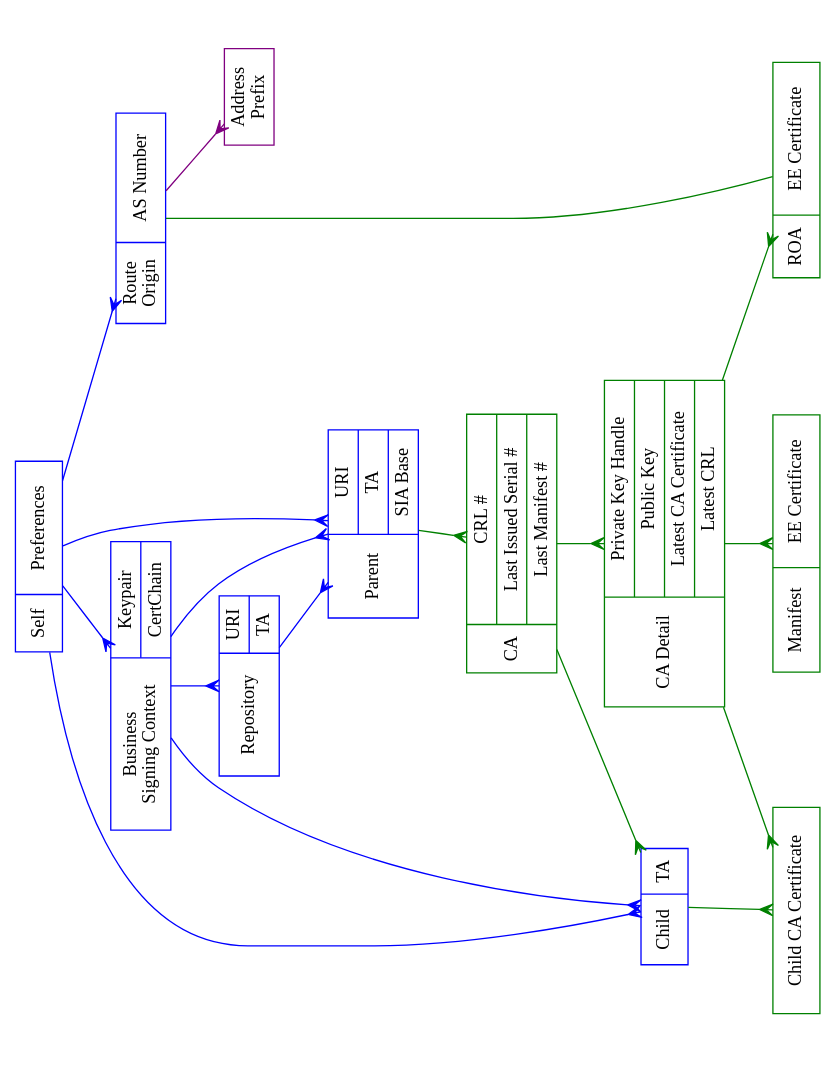
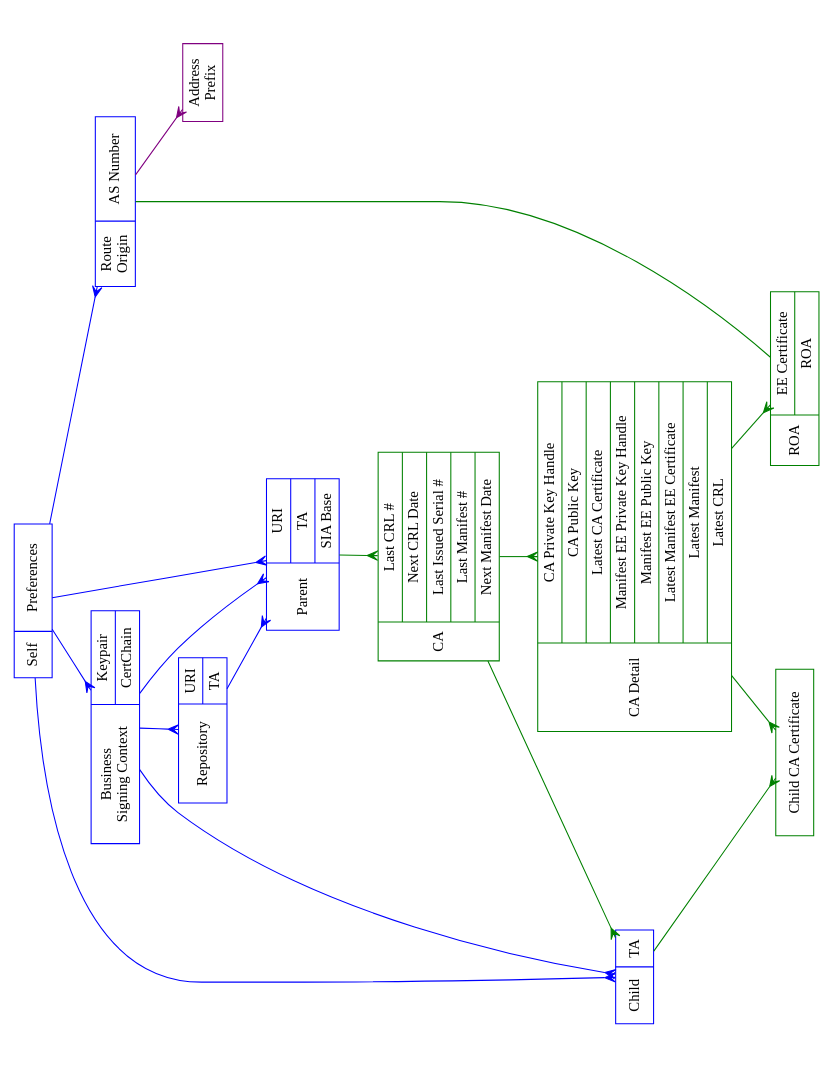
The diagram in docs/repository-engine-objects.dot (dragonresearch/rpki.net), drawn with Graphviz before and after one commit. The commit also changed 1 other file, not shown here.

```diff
--- a/docs/repository-engine-objects.dot
+++ b/docs/repository-engine-objects.dot
@@ -1,88 +1,86 @@
 // $URL$
 // $Id$
 //
 // {arrowhead,arrowtail} shapes indicate database object relationships:
 //   1-  none
 //   m-  crow
 //
 // Color code:
 //   Blue:  visible in left-right protocol
 //   Green: created on the fly
 
 digraph rpki_engine_objects {
 	rotate=90;	size="11,8.5";	splines=true;	ratio=fill;
 	node		[ shape=record ];
 
 	// Objects visible in left-to-right protocol
 	node		[ color=blue ];
 	self		[ label="Self|{Preferences}" ];
 	parent		[ label="Parent|{URI|TA|SIA Base}" ];
 	repo		[ label="Repository|{URI|TA}" ];
 	child		[ label="Child|{TA}" ];
 	biz_sign	[ label="Business\nSigning Context|{Keypair|CertChain}" ];
 	route_origin	[ label="Route\nOrigin|{AS Number}" ];
 
 	// Objects which left-right protocol sees as part of other
 	// objects but which SQL needs to be separate for
 	// normalization.
 
 	addr_set	[ label="Address\nPrefix", color=purple ];
 
 	// Objects created on the fly by the RPKI engine
 	node		[ color=green ];
-	ca		[ label="CA|{CRL #|Last Issued Serial #|Last Manifest #}" ];
-	ca_detail	[ label="CA Detail|{Private Key Handle|Public Key|Latest CA Certificate|Latest CRL}" ];
+	ca		[ label="CA|{Last CRL #|Next CRL Date|Last Issued Serial #|Last Manifest #|Next Manifest Date}" ];
+	ca_detail	[ label="CA Detail|{CA Private Key Handle|CA Public Key|Latest CA Certificate|Manifest EE Private Key Handle|Manifest EE Public Key|Latest Manifest EE Certificate|Latest Manifest|Latest CRL}" ];
 
 	// Some question whether these objects need to be in database
 	// per se or are just properties hanging on some other object
 	// like ca or ca_detail.  For manifests, we need last serial,
 	// same as for CRL.
-	roa		[ label="ROA|{EE Certificate}" ];
-	manifest	[ label="Manifest|{EE Certificate}" ];
+	roa		[ label="ROA|{EE Certificate|ROA}" ];
 
 	// This one is a table of everything we have ever issued to
 	// this child, not to be confused with what's -currently-
 	// issued to this child.  Some question whether this hangs off
 	// ca or ca_detail, but we -think- hanging off of ca_detail is
 	// correct because certificates are issued by a particular
 	// keypair.
 
 	child_cert	[ label="Child CA Certificate" ];
 
 	// One-many mappings
 	edge [ color=blue, arrowtail=none, arrowhead=crow ];
 	self -> biz_sign;
 	biz_sign -> child;
 	biz_sign -> parent;
 	biz_sign -> repo;
 	self -> child;
 	self -> parent;
 	repo -> parent;
 	self -> route_origin;
 
 	route_origin -> addr_set [ color=purple, arrowtail=none, arrowhead=crow ];
 
 	// This is many-many because each child is an entity, each CA
 	// can have multiple children, and each child can hold certs
 	// from multiple CAs (thanks, RobL).
 	//
 	ca -> child	[ color=green, arrowtail=crow, arrowhead=crow ];
 
 	// One-many mappings
 	edge [ color=green, arrowtail=none, arrowhead=crow ];
 	ca -> ca_detail;
 	child -> child_cert;
 	parent -> ca;
 	ca_detail -> child_cert;
-	ca_detail -> manifest;
 	ca_detail -> roa;
 
 	// One-one mapping -- separate object to highlight dynamic nature
 	edge [ color=green, arrowtail=none, arrowhead=none, style=solid ];
 	route_origin -> roa;
 
 }
 
 // Local Variables:
 // compile-command: "dot -Tps2 repository-engine-objects.dot | ps2pdf - repository-engine-objects.pdf"
 // End:
```
